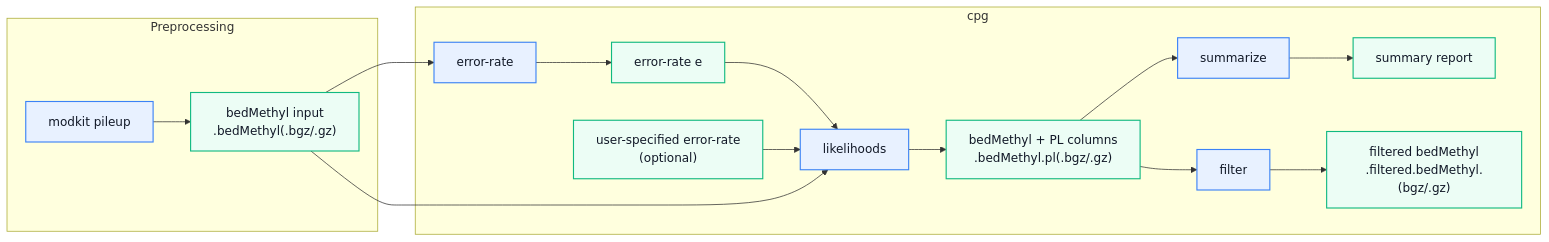
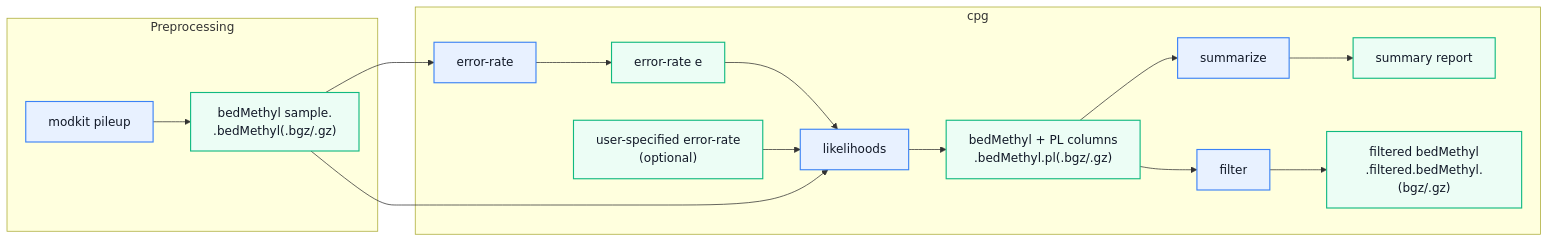
The diagram in README.md (SrenBlikdal/cpg_likelihoods), drawn with Mermaid before and after one commit. The commit also changed other lines of this file, not shown here.

````diff
--- a/README.md
+++ b/README.md
@@ -28,42 +28,42 @@
 ```mermaid
 flowchart LR
 
     subgraph EXT["Preprocessing"]
         T1["modkit pileup"]
-        F1["bedMethyl input\n.bedMethyl(.bgz/.gz)"]
+        F1["bedMethyl sample.\n.bedMethyl(.bgz/.gz)"]
         T1 --> F1
     end
 
     subgraph CPG["cpg"]
         T2["error-rate"]
         T3["likelihoods"]
         T4["summarize"]
         T5["filter"]
 
         F2["error-rate e"]
         F3["user-specified error-rate\n(optional)"]
         F4["bedMethyl + PL columns\n.bedMethyl.pl(.bgz/.gz)"]
         F5["summary report"]
         F6["filtered bedMethyl\n.filtered.bedMethyl.(bgz/.gz)"]
 
         T2 --> F2
         F2 --> T3
         F3 --> T3
 
         T3 --> F4
         F4 --> T4
         T4 --> F5
 
         F4 --> T5
         T5 --> F6
     end
 
     F1 --> T2
     F1 --> T3
 
     classDef tool fill:#e8f1ff,stroke:#3b82f6,stroke-width:1.5px,color:#111827
     classDef file fill:#ecfdf5,stroke:#10b981,stroke-width:1.5px,color:#111827
 
     class T1,T2,T3,T4,T5 tool
     class F1,F2,F3,F4,F5,F6 file
 ```
````
